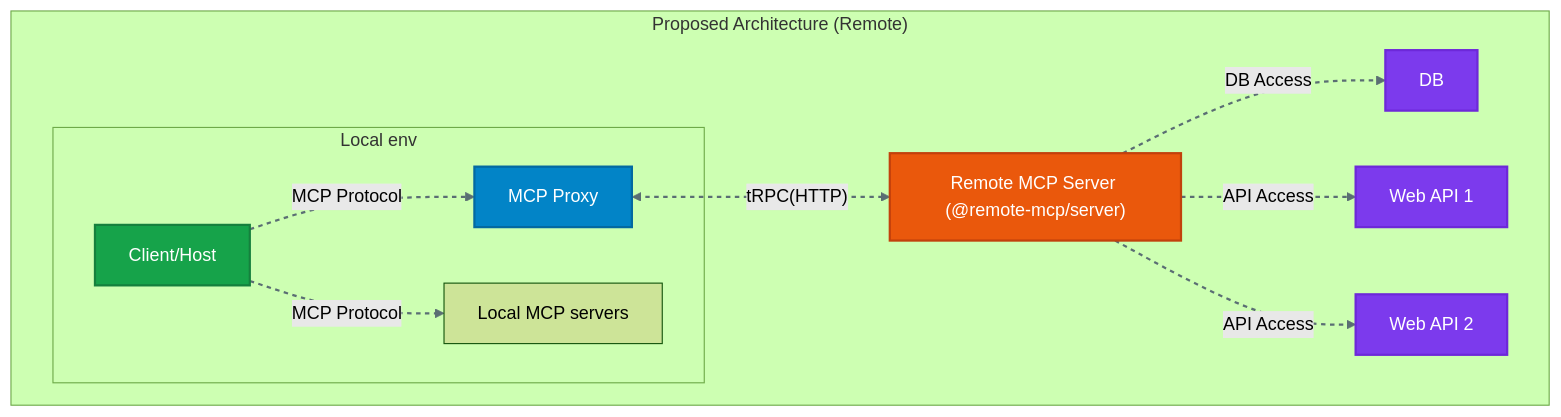
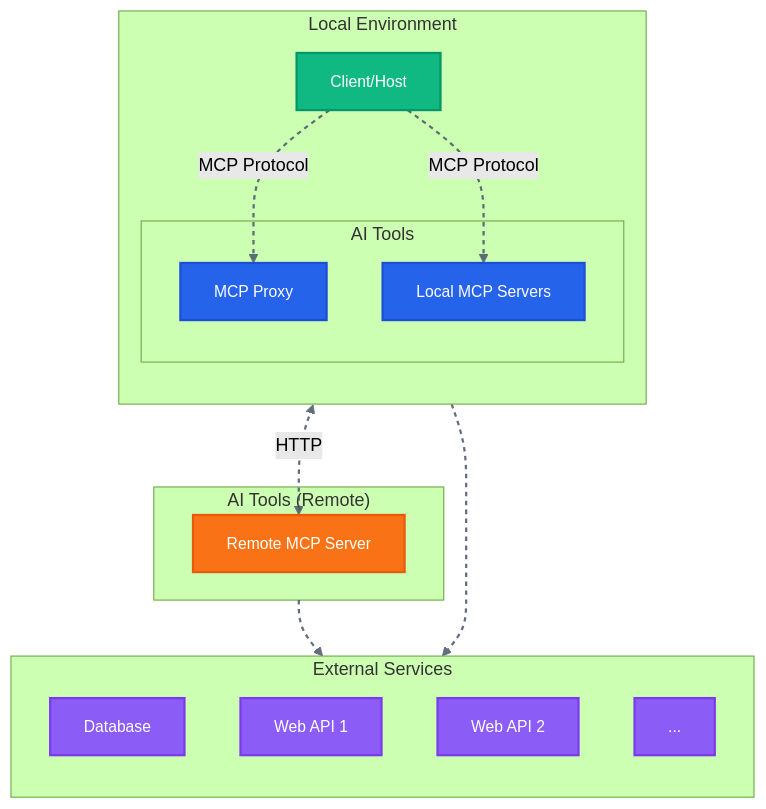
The diagram in README.md (simplaix/simplaix), drawn with Mermaid (forest theme) before and after one commit. The commit also changed other lines of this file and 11 other files, not shown here.

First line of the commit message:
2 migrate tools to mcp (#5)

````diff
--- a/README.md
+++ b/README.md
@@ -56,26 +60,52 @@
 ```mermaid
 graph TD
     %% Enhanced Modern Styling with better contrast
-    classDef client fill:#16a34a,stroke:#15803d,stroke-width:2px,color:#ffffff
-    classDef gateway fill:#0284c7,stroke:#0369a1,stroke-width:2px,color:#ffffff
-    classDef backend fill:#ea580c,stroke:#c2410c,stroke-width:2px,color:#ffffff
-    classDef resource fill:#7c3aed,stroke:#6d28d9,stroke-width:2px,color:#ffffff
-    classDef server fill:#0284c7,stroke:#0369a1,stroke-width:2px,color:#ffffff
+    classDef client fill:#10b981,stroke:#059669,stroke-width:2px,color:#ffffff,font-size:14px
+    classDef gateway fill:#3b82f6,stroke:#2563eb,stroke-width:2px,color:#ffffff,font-size:14px
+    classDef backend fill:#f97316,stroke:#ea580c,stroke-width:2px,color:#ffffff,font-size:14px
+    classDef resource fill:#8b5cf6,stroke:#7c3aed,stroke-width:2px,color:#ffffff,font-size:14px
+    classDef server fill:#2563eb,stroke:#1d4ed8,stroke-width:2px,color:#ffffff,font-size:14px
 
     linkStyle default stroke:#475569,stroke-width:2px,stroke-dasharray: 4 4,opacity:0.85
 
-    %% Proposed MCP Architecture (Decoupled)
-    subgraph Proposed["Proposed Architecture (Remote)"]
-        direction LR
-        subgraph Local["Local env"]
-            D[Client/Host]:::client -->|"MCP Protocol"| E["MCP Proxy"]:::server
-            D[Client/Host]:::client -->|"MCP Protocol"| E2["Local MCP servers"]
+    %% Define graph direction
+    direction LR
+
+    %% Client/Host
+    D[Client/Host]:::client
+
+    %% Local Environment
+    subgraph Local["Local Environment"]
+        direction TB
+        D -->|"MCP Protocol"| E["MCP Proxy"]:::server
+        D -->|"MCP Protocol"| E2["Local MCP Servers"]:::server
+
+        subgraph AITools["AI Tools"]
+            E2
+            E
         end
-        E <-->|"tRPC(HTTP)"| F["Remote MCP Server (@remote-mcp/server)"]:::backend
+    end
 
-        %% Separated Resources
-        F -->|"DB Access"| G1[DB]:::resource
-        F -->|"API Access"| G2["Web API 1"]:::resource
-        F -->|"API Access"| G3["Web API 2"]:::resource
+    %% Remote Server
+
+    subgraph AIToolsRemote["AI Tools (Remote)"]
+        E <-->|"HTTP"| F["Remote MCP Server"]:::backend
     end
+    %% subgraph HumanTools["Human Tools"]
+    %%     D <-->|"HTTP"| F2["Remote Human Tools Server"]:::server
+    %% end
+
+    %% Arrange Resources Equally
+    subgraph Resources["External Services"]
+        direction TB
+        G1[Database]:::resource
+        G2["Web API 1"]:::resource
+        G3["Web API 2"]:::resource
+        ...:::resource
+    end
+    %% Resources
+    AIToolsRemote --> Resources
+    E2 --> Resources
+    %% HumanTools --> Resources
+
 ```
````
